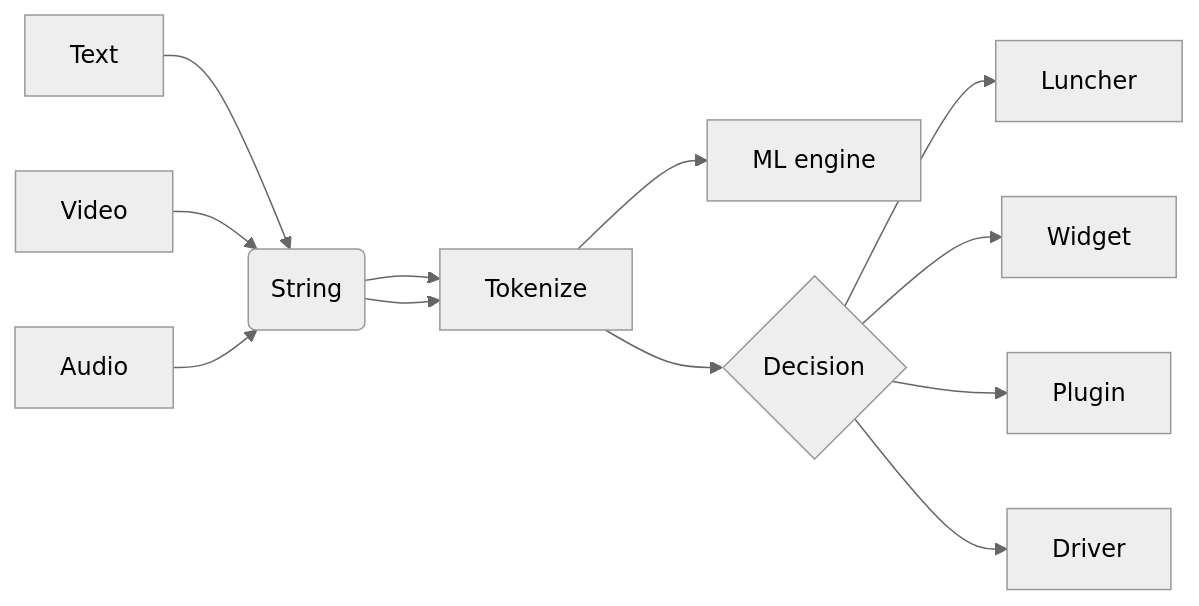
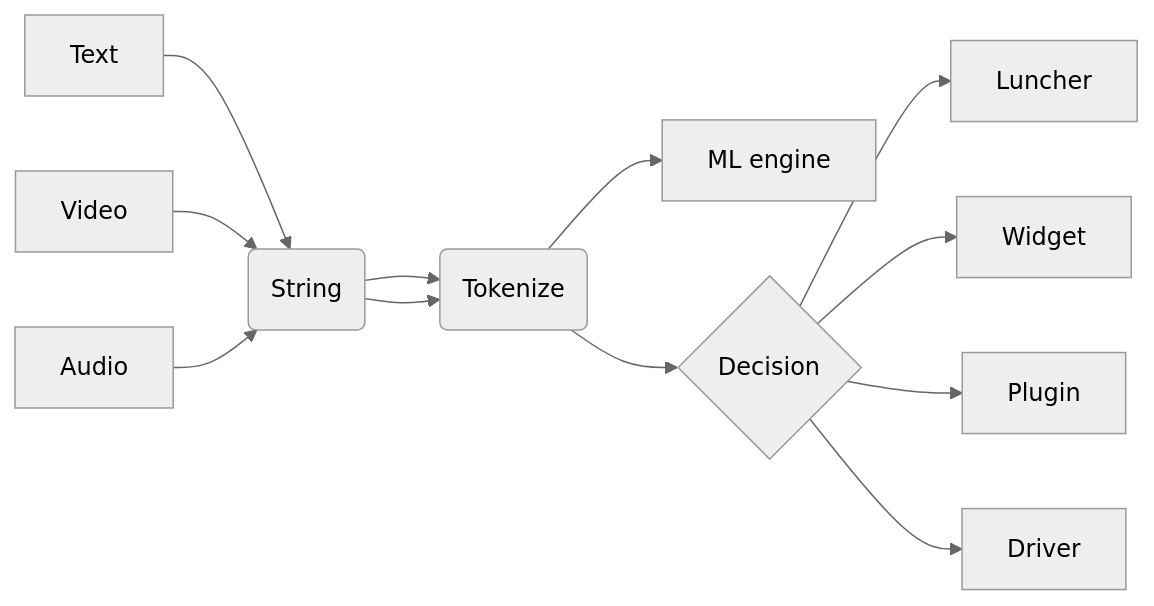
One commit to sh-navid/NExT changed the diagram in README.md. Above: the diagram before and after it, drawn with Mermaid (neutral theme).

````diff
--- a/README.md
+++ b/README.md
@@ -7,18 +7,18 @@
 ```mermaid
 flowchart LR
 
 A1[Text]  -->| | B(String)
 A2[Video] -->| | B(String)
 A3[Audio] -->| | B(String)
 
-B -->| | T[Tokenize]
-B -->| | T[Tokenize]
+B -->| | T(Tokenize)
+B -->| | T(Tokenize)
 
 T --> L[ML engine]
 
 T --> C{Decision}
 C -->| | D1[Luncher]
 C -->| | D2[Widget]
 C -->| | D3[Plugin]
 C -->| | D4[Driver]
 ```
````
